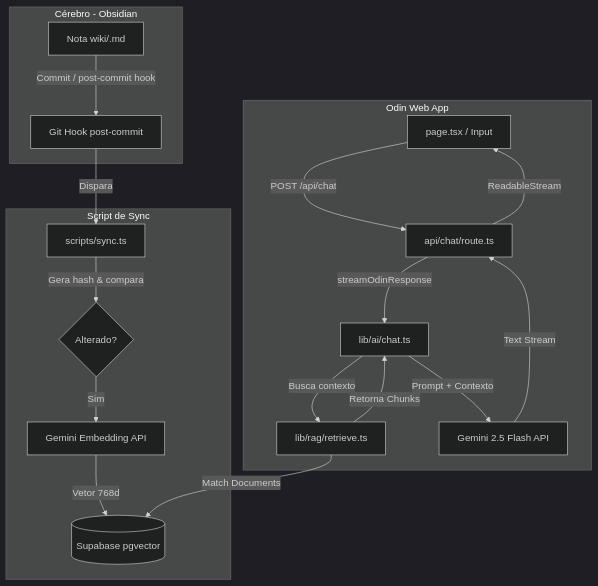
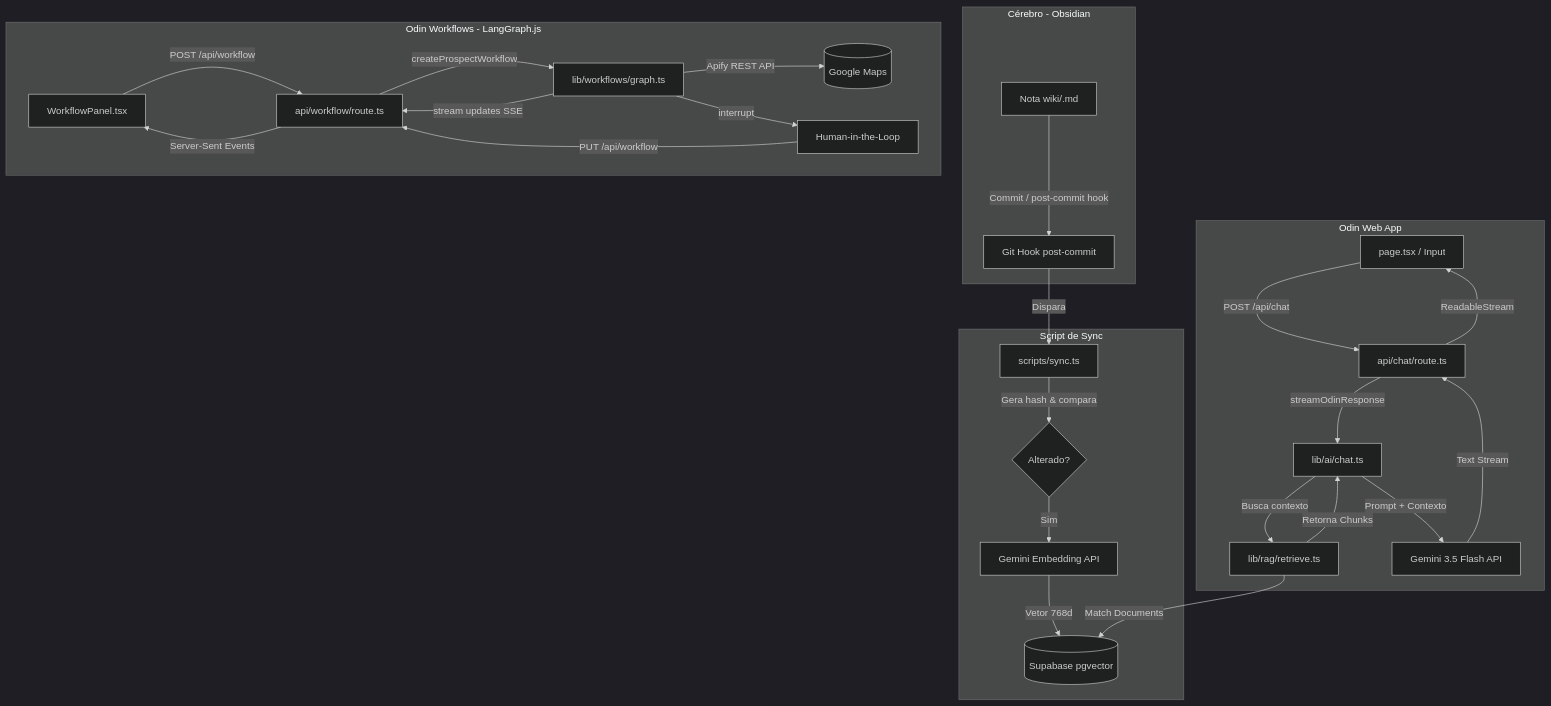
The second of 2 diagrams in README.md (gfrabelo/odin), drawn with Mermaid (dark theme) before and after one commit. The commit also changed other lines of this file and 1 other file, not shown here.

````diff
--- a/README.md
+++ b/README.md
@@ -51,24 +97,34 @@
 ```mermaid
 graph TD
     subgraph Obsidian Vault [Cérebro - Obsidian]
         OB[Nota wiki/.md] -->|Commit / post-commit hook| SH[Git Hook post-commit]
     end
 
     subgraph Ingestão [Script de Sync]
         SH -->|Dispara| SC[scripts/sync.ts]
         SC -->|Gera hash & compara| DB_Check{Alterado?}
         DB_Check -->|Sim| GEM_Emb[Gemini Embedding API]
         GEM_Emb -->|Vetor 768d| SUP_DB[(Supabase pgvector)]
     end
 
     subgraph Cockpit UI [Odin Web App]
         UI[page.tsx / Input] -->|POST /api/chat| API[api/chat/route.ts]
         API -->|streamOdinResponse| CH[lib/ai/chat.ts]
         CH -->|Busca contexto| RET[lib/rag/retrieve.ts]
         RET -->|Match Documents| SUP_DB
         RET -->|Retorna Chunks| CH
-        CH -->|Prompt + Contexto| GEM_Chat[Gemini 2.5 Flash API]
+        CH -->|Prompt + Contexto| GEM_Chat[Gemini 3.5 Flash API]
         GEM_Chat -->|Text Stream| API
         API -->|ReadableStream| UI
     end
+
+    subgraph Workflows [Odin Workflows - LangGraph.js]
+        WF_UI[WorkflowPanel.tsx] -->|POST /api/workflow| WF_API[api/workflow/route.ts]
+        WF_API -->|createProspectWorkflow| GRAPH[lib/workflows/graph.ts]
+        GRAPH -->|stream updates SSE| WF_API
+        WF_API -->|Server-Sent Events| WF_UI
+        GRAPH -->|Apify REST API| APIFY[(Google Maps)]
+        GRAPH -->|interrupt| HITL[Human-in-the-Loop]
+        HITL -->|PUT /api/workflow| WF_API
+    end
 ```
````
